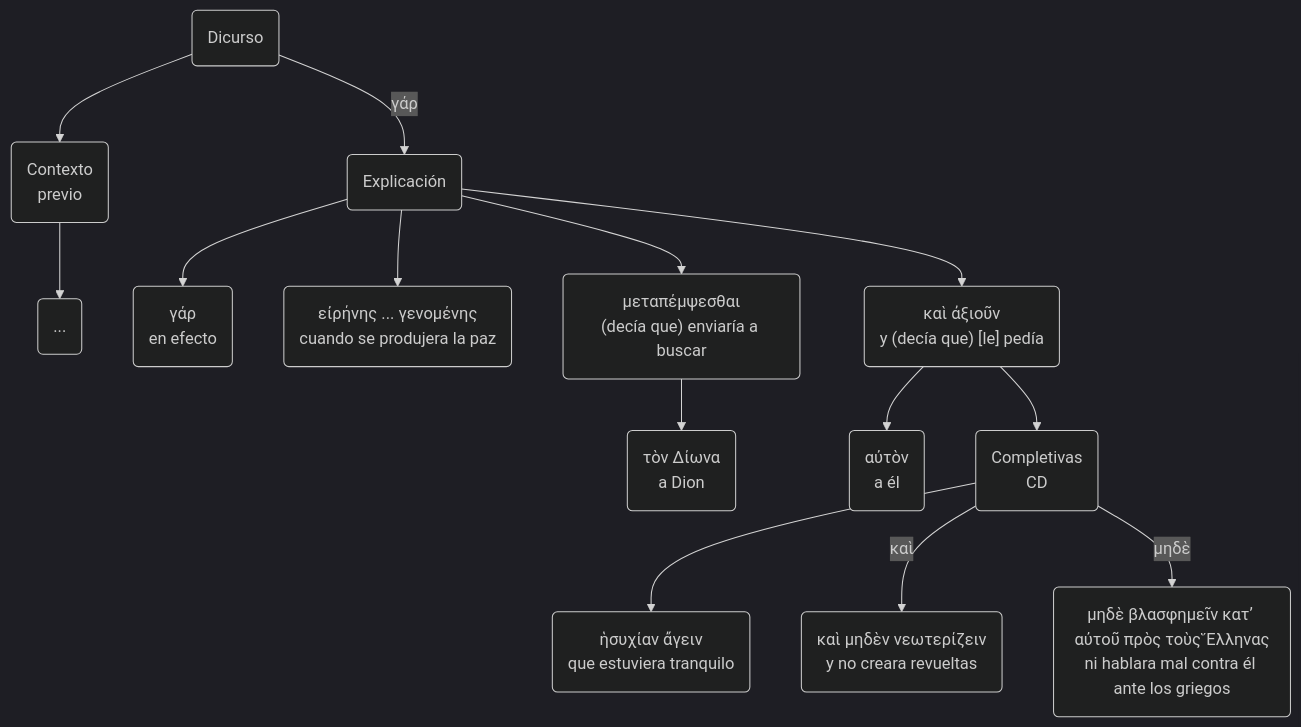
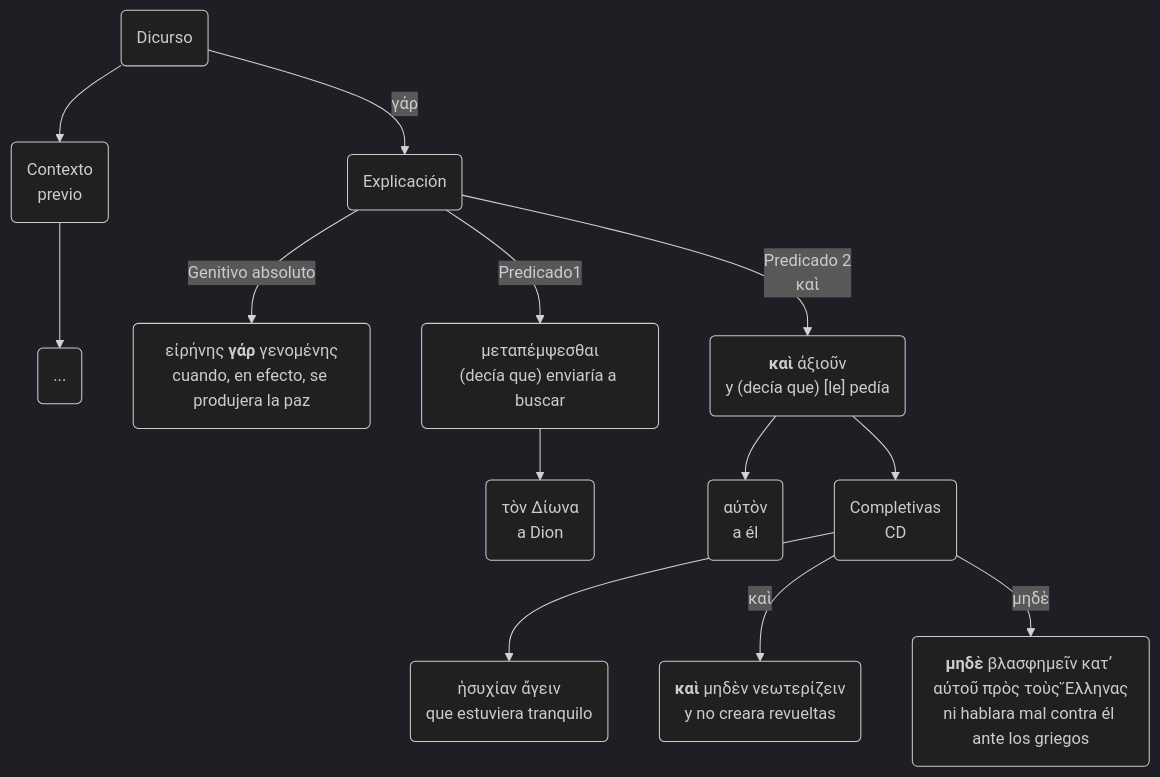
Before and after one commit to pajaro1966/Asignaturas: diagram 26 of 26 in docs/Plutarch_Dion/Dion.md, drawn with Mermaid (dark theme). The commit also changed other lines of this file and 78 other files, not shown here.

````diff
--- a/docs/Plutarch_Dion/Dion.md
+++ b/docs/Plutarch_Dion/Dion.md
@@ -1129,16 +1220,15 @@
     ```mermaid
     graph TB
     A("Dicurso")
     A-->B("Contexto<br>previo")-->B1("...")
     A-->|"γάρ"|C("Explicación")
-    C-->C1("γάρ<br>en efecto")
-    C-->C2("εἰρήνης ... γενομένης<br>cuando se produjera la paz")
-    C-->C3("μεταπέμψεσθαι<br>(decía que) enviaría a buscar")
+    C-->|"Genitivo absoluto"|C2("εἰρήνης <b>γάρ</b> γενομένης<br>cuando, en efecto, se produjera la paz")
+    C-->|"Predicado1"|C3("μεταπέμψεσθαι<br>(decía que) enviaría a buscar")
     C3-->C31("τὸν Δίωνα<br>a Dion")
-    C-->C4("καὶ ἀξιοῦν<br>y (decía que) [le] pedía")
+    C-->|"Predicado 2<br>καὶ"|C4("<b>καὶ</b> ἀξιοῦν<br>y (decía que) [le] pedía")
     C4-->C41("αὐτὸν<br>a él")
     C4-->C42("Completivas<br>CD")
     C42-->C421("ἡσυχίαν ἄγειν<br>que estuviera tranquilo")
-    C42-->|"καὶ"|C422("καὶ μηδὲν νεωτερίζειν<br>y no creara revueltas")
-    C42-->|"μηδὲ"|C423("μηδὲ βλασφημεῖν κατʼ αὐτοῦ πρὸς τοὺς Ἕλληνας<br>ni hablara mal contra él ante los griegos")
+    C42-->|"καὶ"|C422("<b>καὶ</b> μηδὲν νεωτερίζειν<br>y no creara revueltas")
+    C42-->|"μηδὲ"|C423("<b>μηδὲ</b> βλασφημεῖν κατʼ αὐτοῦ πρὸς τοὺς Ἕλληνας<br>ni hablara mal contra él ante los griegos")
     ```
````
